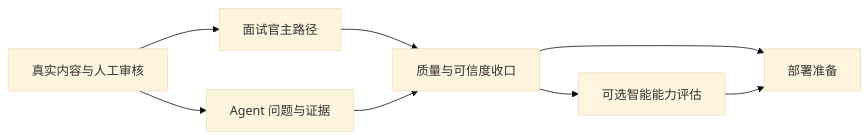
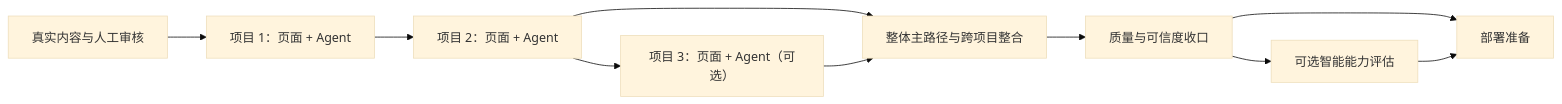
Before and after one commit to creeper521/portfolio-agent: the diagram in docs/superpowers/specs/2026-07-22-job-seeking-portfolio-completion-roadmap-design.md, drawn with Mermaid (base theme). The commit also changed other lines of this file and 1 other file, not shown here.

Commit message:
docs: align portfolio roadmap by project slice

````diff
--- a/docs/superpowers/specs/2026-07-22-job-seeking-portfolio-completion-roadmap-design.md
+++ b/docs/superpowers/specs/2026-07-22-job-seeking-portfolio-completion-roadmap-design.md
@@ -222,10 +236,12 @@
 ```mermaid
 flowchart LR
-    A["真实内容与人工审核"] --> B["面试官主路径"]
-    A --> C["Agent 问题与证据"]
-    B --> D["质量与可信度收口"]
-    C --> D
+    A["真实内容与人工审核"] --> B1["项目 1：页面 + Agent"]
+    B1 --> B2["项目 2：页面 + Agent"]
+    B2 --> B3["项目 3：页面 + Agent（可选）"]
+    B2 --> C["整体主路径与跨项目整合"]
+    B3 --> C
+    C --> D["质量与可信度收口"]
     D --> E["可选智能能力评估"]
     D --> F["部署准备"]
     E --> F
 ```
````
